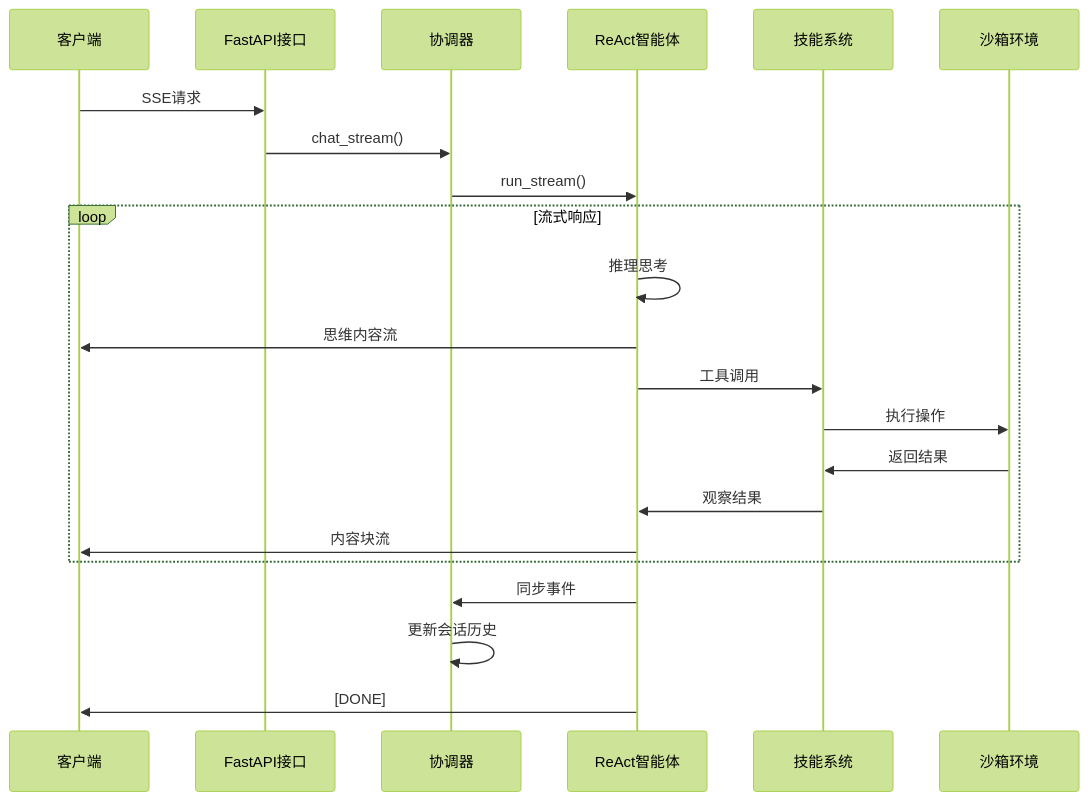
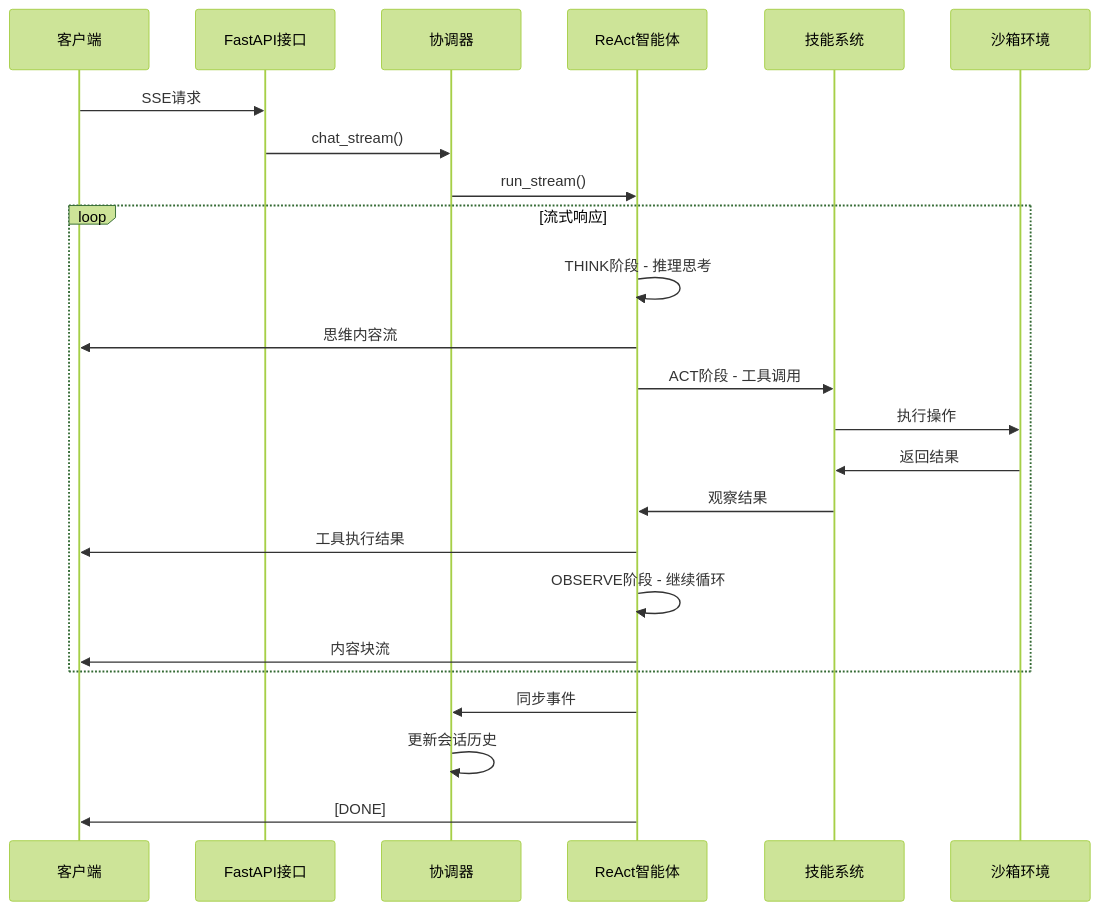
Before and after one commit to zhangdahai112/LocalManus: the third of 13 diagrams in .qoder/repowiki/zh/content/智能体系统/ReAct 智能体/ReAct智能体流式增强.md, drawn with Mermaid (forest theme). The commit also changed other lines of this file and 11 other files, not shown here.

````diff
--- a/.qoder/repowiki/zh/content/智能体系统/ReAct 智能体/ReAct智能体流式增强.md
+++ b/.qoder/repowiki/zh/content/智能体系统/ReAct 智能体/ReAct智能体流式增强.md
@@ -131,24 +150,26 @@
 ```mermaid
 sequenceDiagram
 participant Client as 客户端
 participant API as FastAPI接口
 participant Orchestrator as 协调器
 participant ReAct as ReAct智能体
 participant Skill as 技能系统
 participant Sandbox as 沙箱环境
 Client->>API : SSE请求
 API->>Orchestrator : chat_stream()
 Orchestrator->>ReAct : run_stream()
 loop 流式响应
-ReAct->>ReAct : 推理思考
+ReAct->>ReAct : THINK阶段 - 推理思考
 ReAct->>Client : 思维内容流
-ReAct->>Skill : 工具调用
+ReAct->>Skill : ACT阶段 - 工具调用
 Skill->>Sandbox : 执行操作
 Sandbox->>Skill : 返回结果
 Skill->>ReAct : 观察结果
+ReAct->>Client : 工具执行结果
+ReAct->>ReAct : OBSERVE阶段 - 继续循环
 ReAct->>Client : 内容块流
 end
 ReAct->>Orchestrator : 同步事件
 Orchestrator->>Orchestrator : 更新会话历史
 ReAct->>Client : [DONE]
 ```
````
